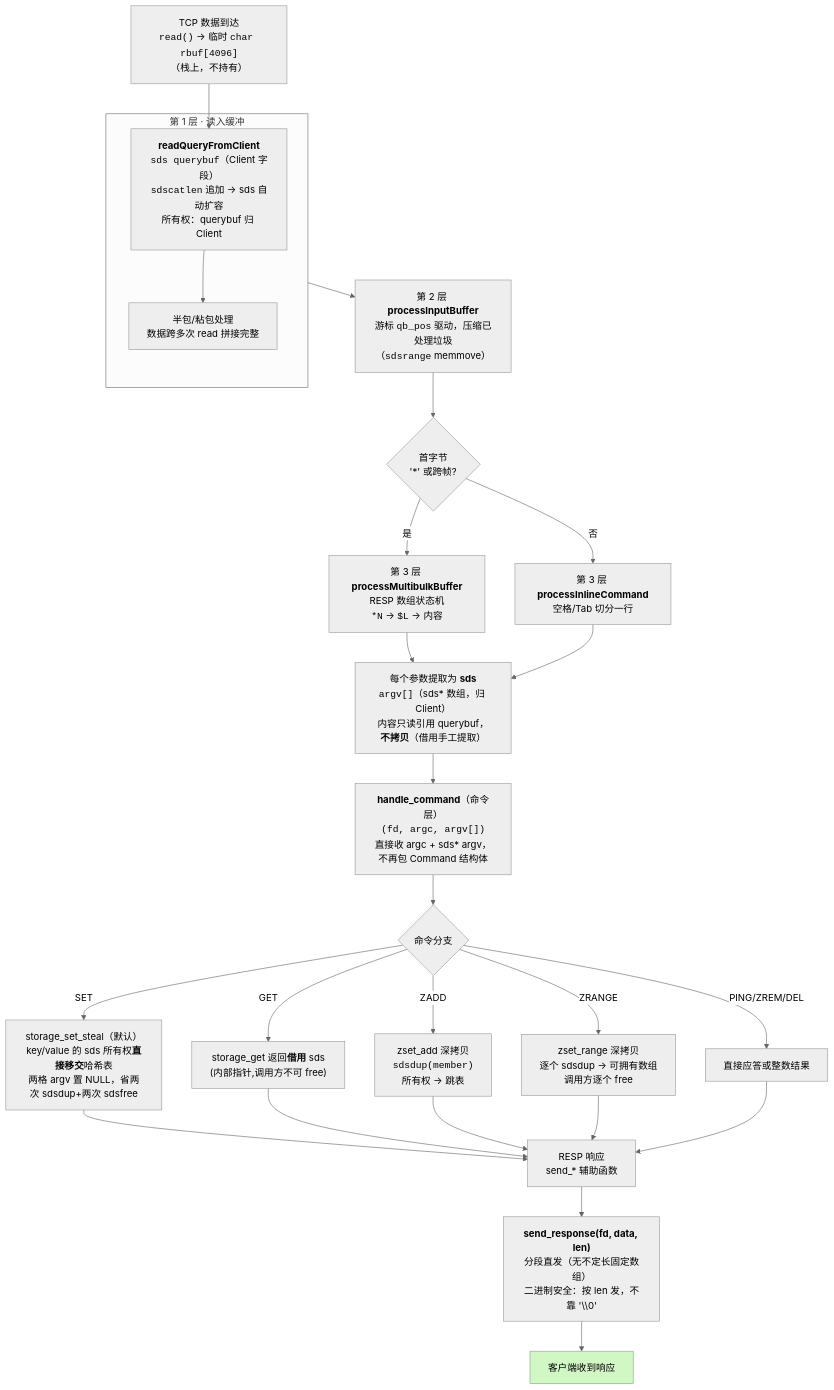
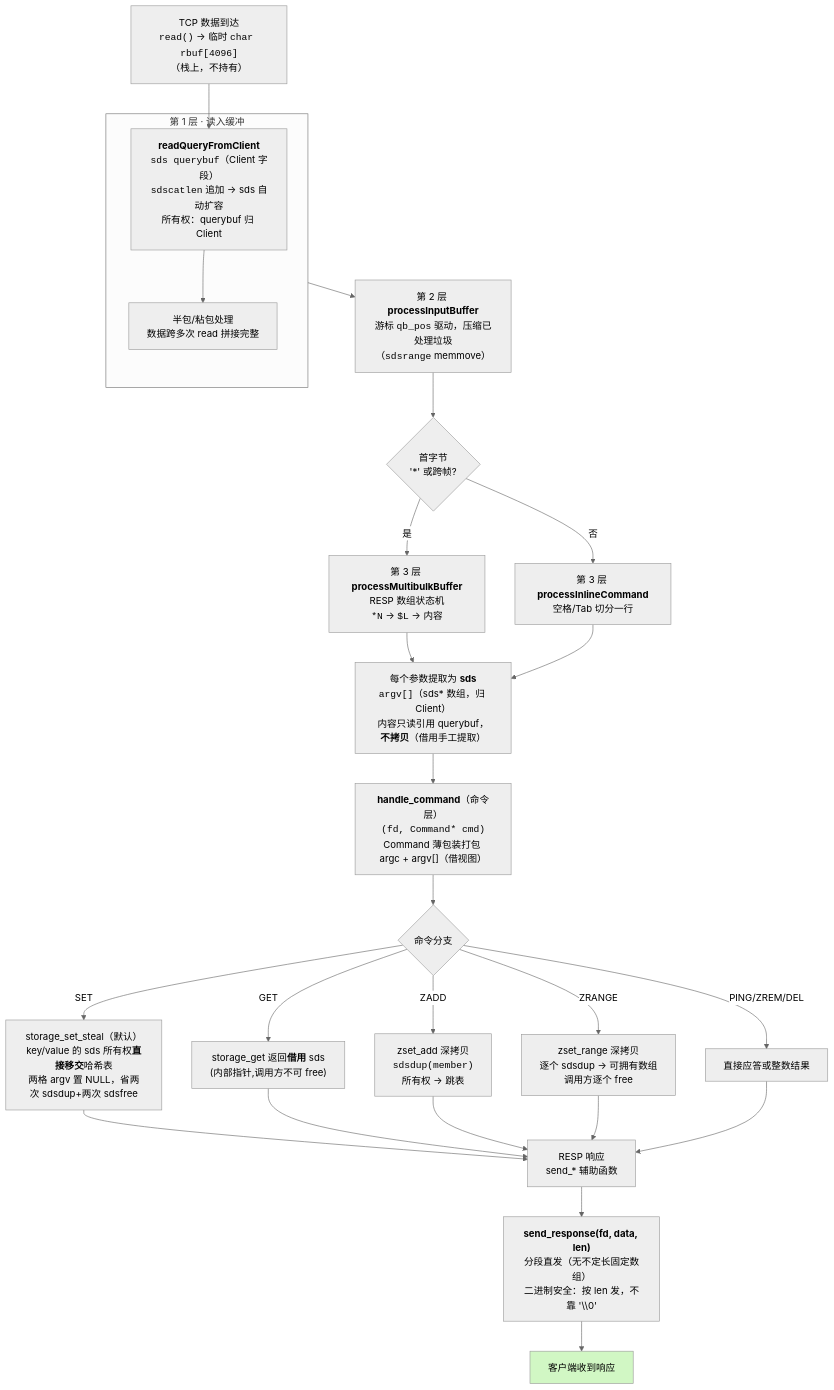
One commit to huangguodong234/mini-redis changed the diagram in README.md. Above: the diagram before and after it, drawn with Mermaid (neutral theme). The commit also changed other lines of this file and 4 other files, not shown here.

Commit message:
加回 Command{argc,argv} 薄包装: handle_command 收 (fd, Command*), steal 仍为默认行为(置NULL作用于原数组)

````diff
--- a/README.md
+++ b/README.md
@@ -117,40 +117,40 @@
 ```mermaid
 flowchart TD
     A["TCP 数据到达<br/><code>read()</code> → 临时 <code>char rbuf[4096]</code><br/>（栈上，不持有）"] 
     --> B
 
     subgraph L1["第 1 层 · 读入缓冲"]
         B["<b>readQueryFromClient</b><br/><code>sds querybuf</code>（Client 字段）<br/><code>sdscatlen</code> 追加 → sds 自动扩容<br/>所有权：querybuf 归 Client"]
         B --> B1["半包/粘包处理<br/>数据跨多次 read 拼接完整"]
     end
 
     L1 --> L2["第 2 层 <b>processInputBuffer</b><br/>游标 <code>qb_pos</code> 驱动，压缩已处理垃圾<br/>（<code>sdsrange</code> memmove）"]
 
     L2 --> M{首字节<br/>'*' 或跨帧?}
     M -- "是" --> L3a["第 3 层 <b>processMultibulkBuffer</b><br/>RESP 数组状态机<br/><code>*N</code> → <code>$L</code> → 内容"]
     M -- "否" --> L3b["第 3 层 <b>processInlineCommand</b><br/>空格/Tab 切分一行"]
 
     L3a --> P["每个参数提取为 <b>sds</b><br/><code>argv[]</code>（sds* 数组，归 Client）<br/>内容只读引用 querybuf，<b>不拷贝</b>（借用手工提取）"]
     L3b --> P
 
-    P --> C["<b>handle_command</b>（命令层）<br/><code>(fd, argc, argv[])</code><br/>直接收 argc + sds* argv，不再包 Command 结构体"]
+    P --> C["<b>handle_command</b>（命令层）<br/><code>(fd, Command* cmd)</code><br/>Command 薄包装打包 argc + argv[]（借视图）"]
 
     C --> D{"命令分支"}
 
     D -- "SET" --> S1["storage_set_steal（默认）<br/>key/value 的 sds 所有权<b>直接移交</b>哈希表<br/>两格 argv 置 NULL，省两次 sdsdup+两次 sdsfree"]
     D -- "GET" --> G1["storage_get 返回<b>借用</b> sds<br/>(内部指针,调用方不可 free)"]
     D -- "ZADD" --> Z1["zset_add 深拷贝<br/><code>sdsdup(member)</code><br/>所有权 → 跳表"]
     D -- "ZRANGE" --> Z2["zset_range 深拷贝<br/>逐个 sdsdup → 可拥有数组<br/>调用方逐个 free"]
     D -- "PING/ZREM/DEL" --> O1["直接应答或整数结果"]
 
     S1 --> R["RESP 响应<br/>send_* 辅助函数"]
     G1 --> R
     Z1 --> R
     Z2 --> R
     O1 --> R
 
     R --> S["<b>send_response(fd, data, len)</b><br/>分段直发（无不定长固定数组）<br/>二进制安全：按 len 发，不靠 '\\0'"]
     S --> E["客户端收到响应"]
 
     style E fill:#d1f7c4
 ```
````
